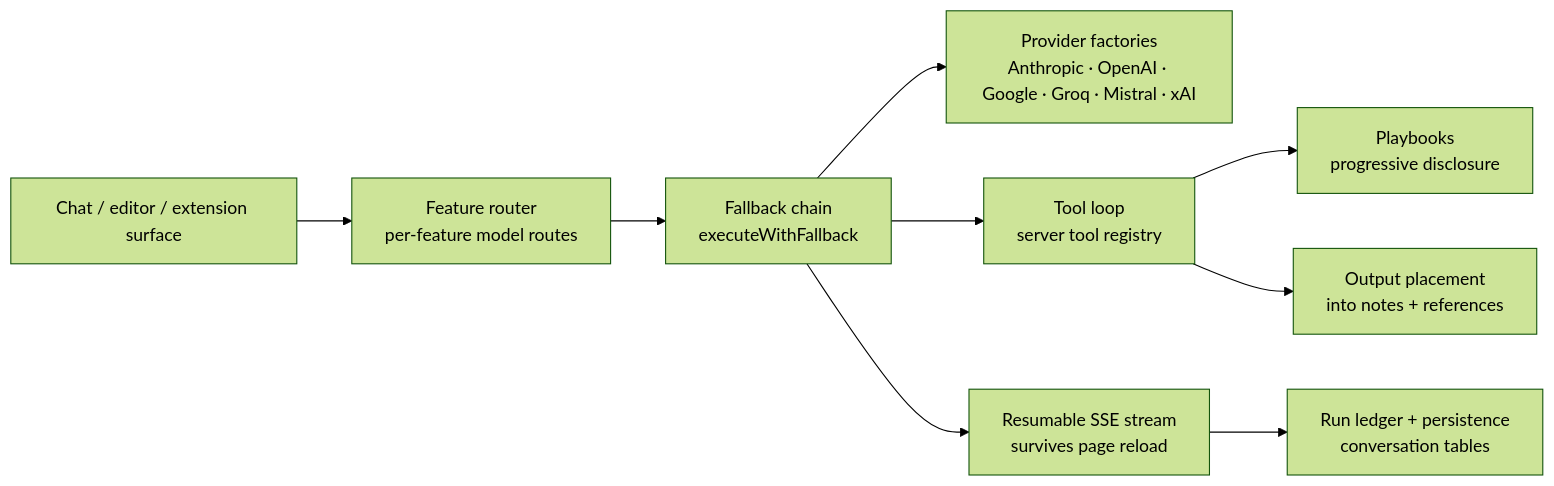
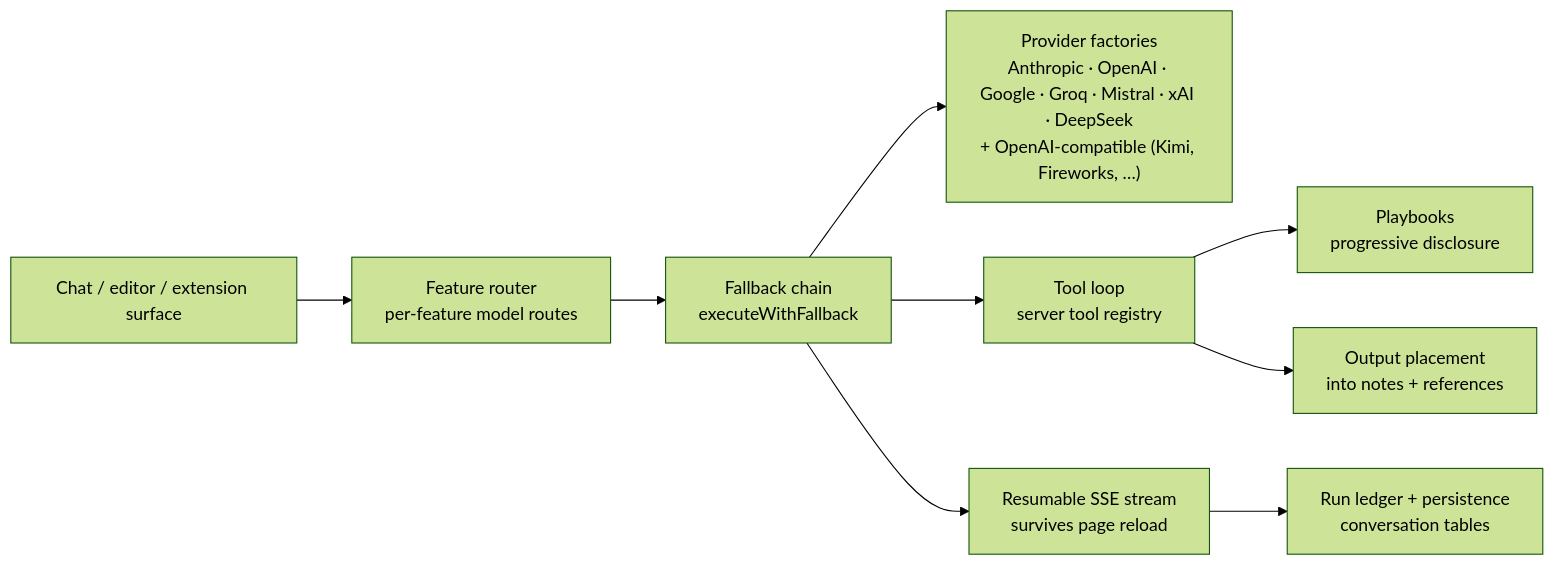
One commit to CenterValentine/Digital-Garden changed the first of 2 diagrams in README.md. Above: the diagram before and after it, drawn with Mermaid (forest theme). The commit also changed other lines of this file and 3 other files, not shown here.

````diff
--- a/README.md
+++ b/README.md
@@ -52,11 +52,11 @@
 ```mermaid
 flowchart LR
   U["Chat / editor / extension surface"] --> R["Feature router<br/>per-feature model routes"]
   R --> F["Fallback chain<br/>executeWithFallback"]
-  F --> P["Provider factories<br/>Anthropic · OpenAI · Google · Groq · Mistral · xAI"]
+  F --> P["Provider factories<br/>Anthropic · OpenAI · Google · Groq · Mistral · xAI · DeepSeek<br/>+ OpenAI-compatible (Kimi, Fireworks, …)"]
   F --> T["Tool loop<br/>server tool registry"]
   T --> PB["Playbooks<br/>progressive disclosure"]
   T --> OP["Output placement<br/>into notes + references"]
   F --> S["Resumable SSE stream<br/>survives page reload"]
   S --> L["Run ledger + persistence<br/>conversation tables"]
 ```
````
